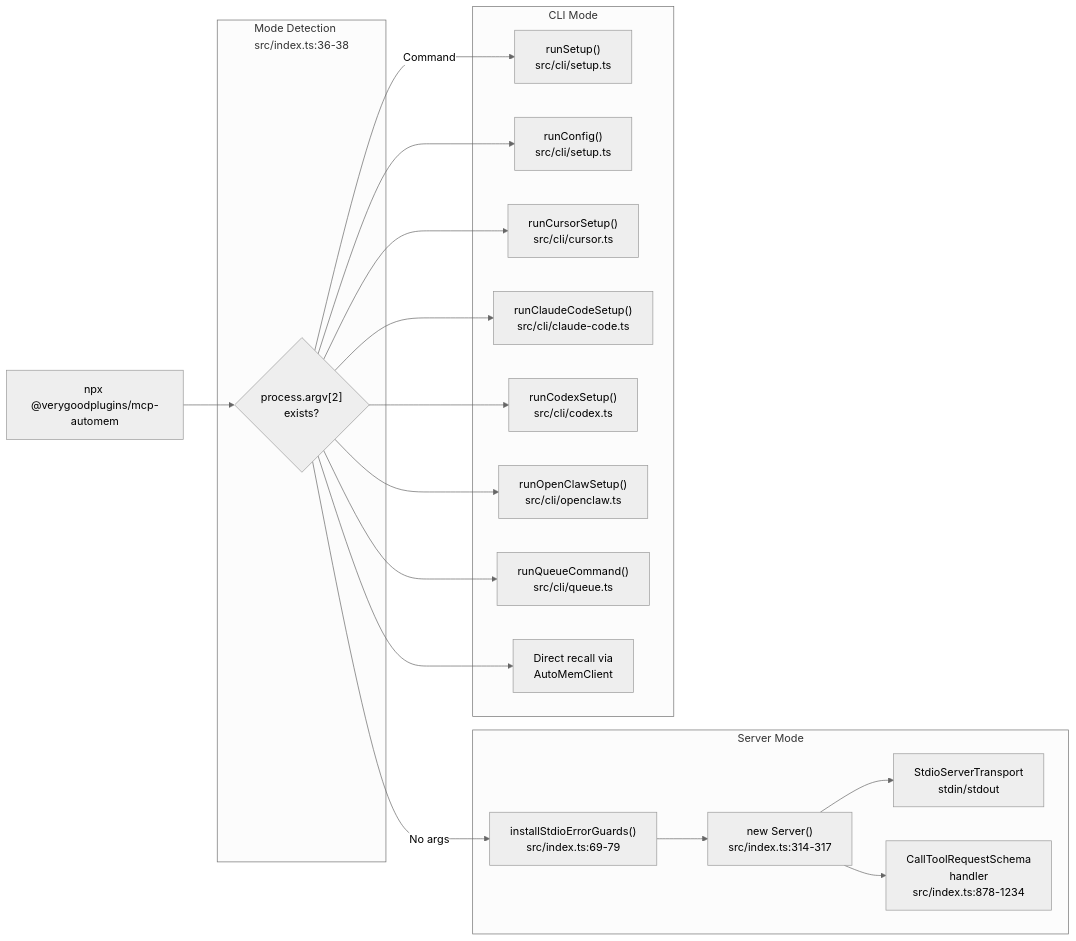
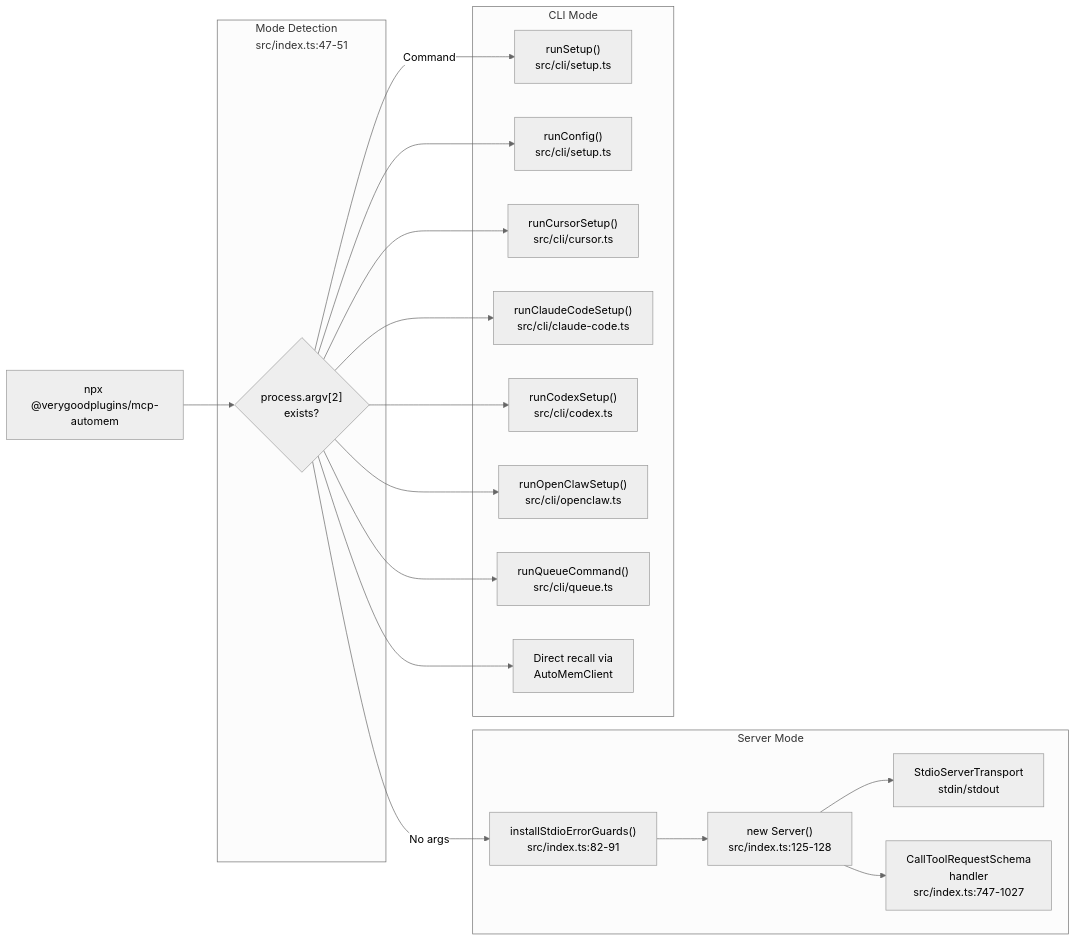
One commit to verygoodplugins/automem-website changed the second of 6 diagrams in src/content/docs/docs/architecture/mcp-bridge.md. Above: the diagram before and after it, drawn with Mermaid (neutral theme). The commit also changed other lines of this file, not shown here.

First line of the commit message:
docs: fix drift in MCP Bridge architecture page (#90)

````diff
--- a/src/content/docs/docs/architecture/mcp-bridge.md
+++ b/src/content/docs/docs/architecture/mcp-bridge.md
@@ -81,42 +81,42 @@
 ```mermaid
 graph LR
     START["npx @verygoodplugins/mcp-automem"]
 
-    subgraph Detection["Mode Detection<br/>src/index.ts:36-38"]
+    subgraph Detection["Mode Detection<br/>src/index.ts:47-51"]
         CHECK{"process.argv[2]<br/>exists?"}
     end
 
     subgraph Server_Mode["Server Mode"]
-        STDIO_GUARD["installStdioErrorGuards()<br/>src/index.ts:69-79"]
-        MCP_SERVER["new Server()<br/>src/index.ts:314-317"]
+        STDIO_GUARD["installStdioErrorGuards()<br/>src/index.ts:82-91"]
+        MCP_SERVER["new Server()<br/>src/index.ts:125-128"]
         STDIO_TRANSPORT["StdioServerTransport<br/>stdin/stdout"]
-        TOOL_HANDLER["CallToolRequestSchema<br/>handler<br/>src/index.ts:878-1234"]
+        TOOL_HANDLER["CallToolRequestSchema<br/>handler<br/>src/index.ts:747-1027"]
     end
 
     subgraph CLI_Mode["CLI Mode"]
         SETUP["runSetup()<br/>src/cli/setup.ts"]
         CONFIG["runConfig()<br/>src/cli/setup.ts"]
         CURSOR["runCursorSetup()<br/>src/cli/cursor.ts"]
         CLAUDE_CODE["runClaudeCodeSetup()<br/>src/cli/claude-code.ts"]
         CODEX["runCodexSetup()<br/>src/cli/codex.ts"]
         OPENCLAW["runOpenClawSetup()<br/>src/cli/openclaw.ts"]
         QUEUE["runQueueCommand()<br/>src/cli/queue.ts"]
         RECALL["Direct recall via<br/>AutoMemClient"]
     end
 
     START --> CHECK
     CHECK -->|"No args"| STDIO_GUARD
     CHECK -->|"Command"| SETUP
 
     STDIO_GUARD --> MCP_SERVER
     MCP_SERVER --> STDIO_TRANSPORT
     MCP_SERVER --> TOOL_HANDLER
 
     CHECK --> CONFIG
     CHECK --> CURSOR
     CHECK --> CLAUDE_CODE
     CHECK --> CODEX
     CHECK --> OPENCLAW
     CHECK --> QUEUE
     CHECK --> RECALL
 ```
````
